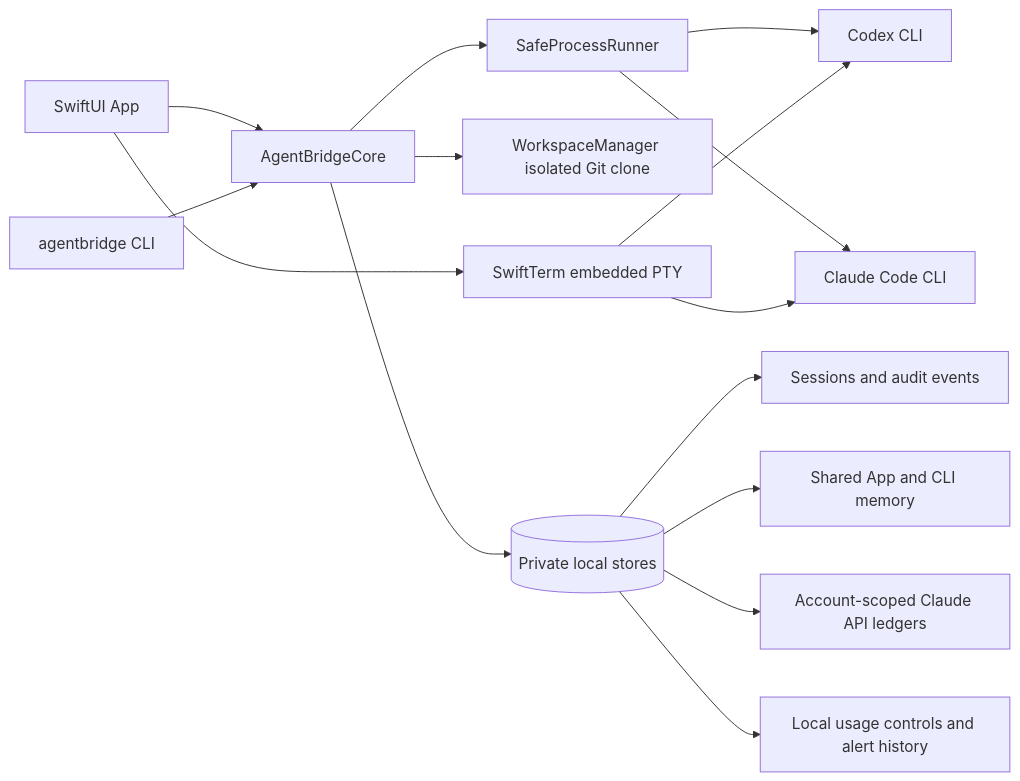
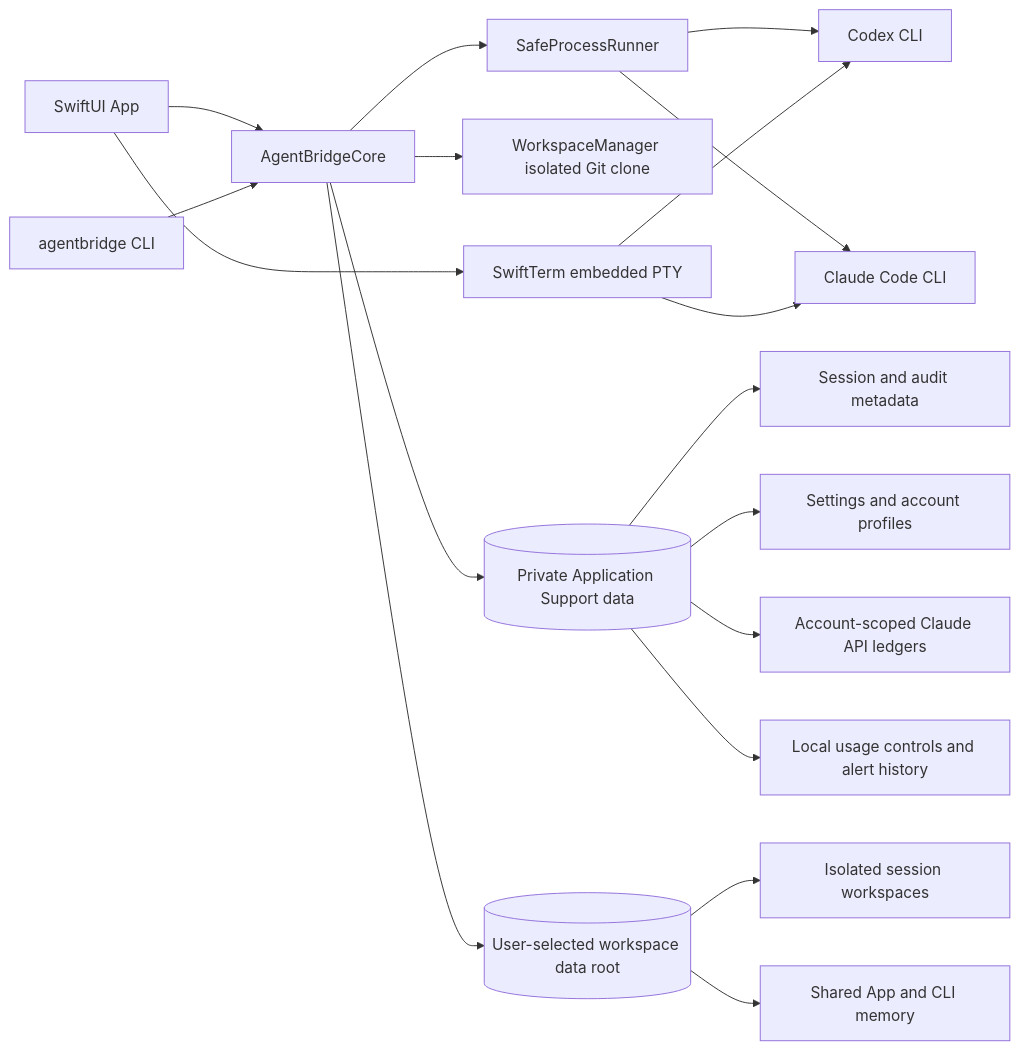
The diagram in ARCHITECTURE.md (rudinyu/AgentBridge), drawn with Mermaid before and after one commit. The commit also changed other lines of this file and 27 other files, not shown here.

````diff
--- a/ARCHITECTURE.md
+++ b/ARCHITECTURE.md
@@ -5,17 +5,20 @@
 ```mermaid
 flowchart LR
     App[SwiftUI App] --> Core[AgentBridgeCore]
     CLI[agentbridge CLI] --> Core
     Core --> Runner[SafeProcessRunner]
     Runner --> Codex[Codex CLI]
     Runner --> Claude[Claude Code CLI]
     Core --> Git[WorkspaceManager isolated Git clone]
-    Core --> Stores[(Private local stores)]
-    Stores --> Sessions[Sessions and audit events]
-    Stores --> Memory[Shared App and CLI memory]
-    Stores --> Ledger[Account-scoped Claude API ledgers]
-    Stores --> Usage[Local usage controls and alert history]
+    Core --> PrivateData[(Private Application Support data)]
+    PrivateData --> Sessions[Session and audit metadata]
+    PrivateData --> Settings[Settings and account profiles]
+    PrivateData --> Ledger[Account-scoped Claude API ledgers]
+    PrivateData --> Usage[Local usage controls and alert history]
+    Core --> UserRoot[(User-selected workspace data root)]
+    UserRoot --> Workspaces[Isolated session workspaces]
+    UserRoot --> Memory[Shared App and CLI memory]
     App --> Terminal[SwiftTerm embedded PTY]
     Terminal --> Codex
     Terminal --> Claude
 ```
````
